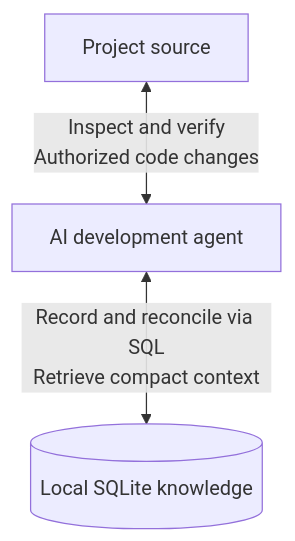
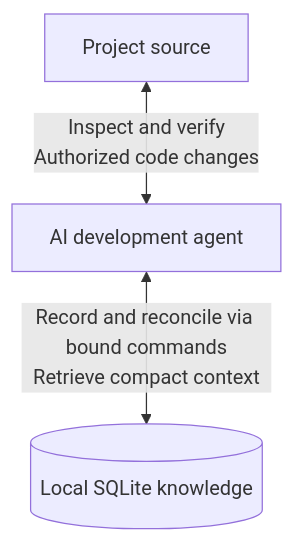
One commit to artemrizhov/EvoMneme changed the diagram in README.md. Above: the diagram before and after it, drawn with Mermaid. The commit also changed other lines of this file and 17 other files, not shown here.

````diff
--- a/README.md
+++ b/README.md
@@ -19,5 +19,5 @@
 ```mermaid
 flowchart TB
     Source[Project source] <-->|"Inspect and verify<br/>Authorized code changes"| Agent[AI development agent]
-    Agent <-->|"Record and reconcile via SQL<br/>Retrieve compact context"| Memory[(Local SQLite knowledge)]
+    Agent <-->|"Record and reconcile via bound commands<br/>Retrieve compact context"| Memory[(Local SQLite knowledge)]
 ```
````
